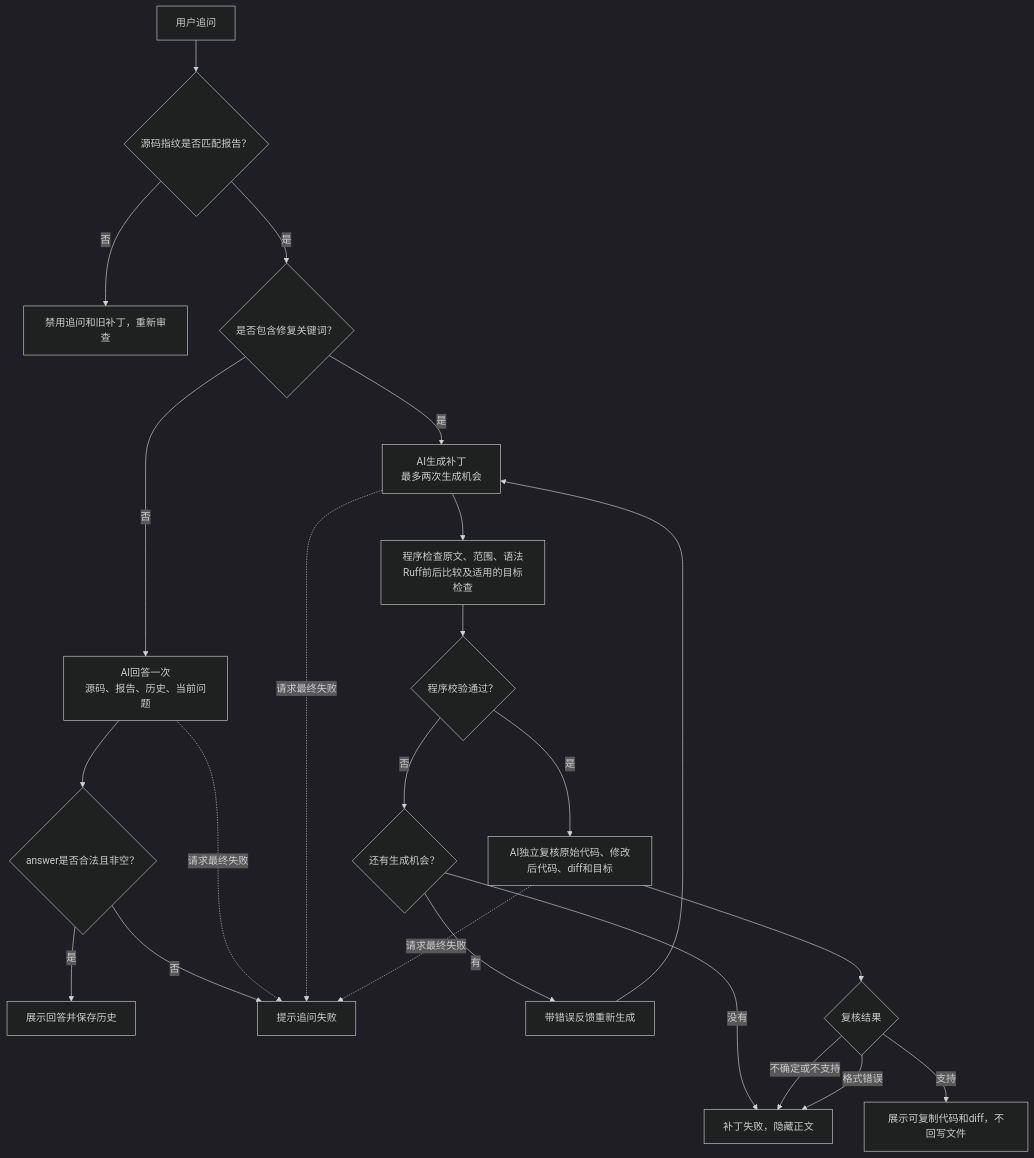
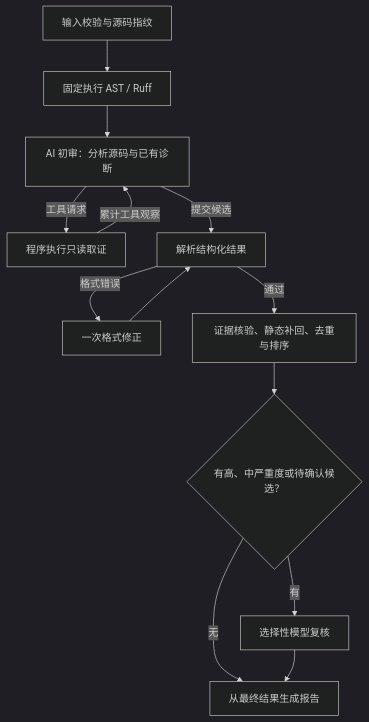
The second of 5 diagrams in Design.md (Fang-Xinyu/code-review-agent), drawn with Mermaid (dark theme) before and after one commit. The commit also changed other lines of this file and 14 other files, not shown here.

````diff
--- a/Design.md
+++ b/Design.md
@@ -181,25 +55,15 @@
 ```mermaid
 flowchart TD
-    A["用户追问"] --> B{"源码指纹是否匹配报告？"}
-    B -->|否| X["禁用追问和旧补丁，重新审查"]
-    B -->|是| C{"是否包含修复关键词？"}
-    C -->|否| D["AI回答一次<br/>源码、报告、历史、当前问题"]
-    D --> E{"answer是否合法且非空？"}
-    E -->|是| F["展示回答并保存历史"]
-    E -->|否| ERR["提示追问失败"]
-    C -->|是| G["AI生成补丁<br/>最多两次生成机会"]
-    G --> H["程序检查原文、范围、语法<br/>Ruff前后比较及适用的目标检查"]
-    H --> I{"程序校验通过？"}
-    I -->|否| J{"还有生成机会？"}
-    J -->|有| K["带错误反馈重新生成"]
-    K --> G
-    J -->|没有| N["补丁失败，隐藏正文"]
-    I -->|是| L["AI独立复核原始代码、修改后代码、diff和目标"]
-    L --> M{"复核结果"}
-    M -->|支持| O["展示可复制代码和diff，不回写文件"]
-    M -->|不确定或不支持| N
-    M -->|格式错误| N
-    D -.->|请求最终失败| ERR
-    G -.->|请求最终失败| ERR
-    L -.->|请求最终失败| ERR
+    A["输入校验与源码指纹"] --> B["固定执行 AST / Ruff"]
+    B --> C["AI 初审：分析源码与已有诊断"]
+    C -->|工具请求| D["程序执行只读取证"]
+    D -->|累计工具观察| C
+    C -->|提交候选| E["解析结构化结果"]
+    E -->|格式错误| R["一次格式修正"]
+    R --> E
+    E -->|通过| F["证据核验、静态补回、去重与排序"]
+    F --> G{"有高、中严重度或待确认候选？"}
+    G -->|有| H["选择性模型复核"]
+    G -->|无| I["从最终结果生成报告"]
+    H --> I
 ```
````
